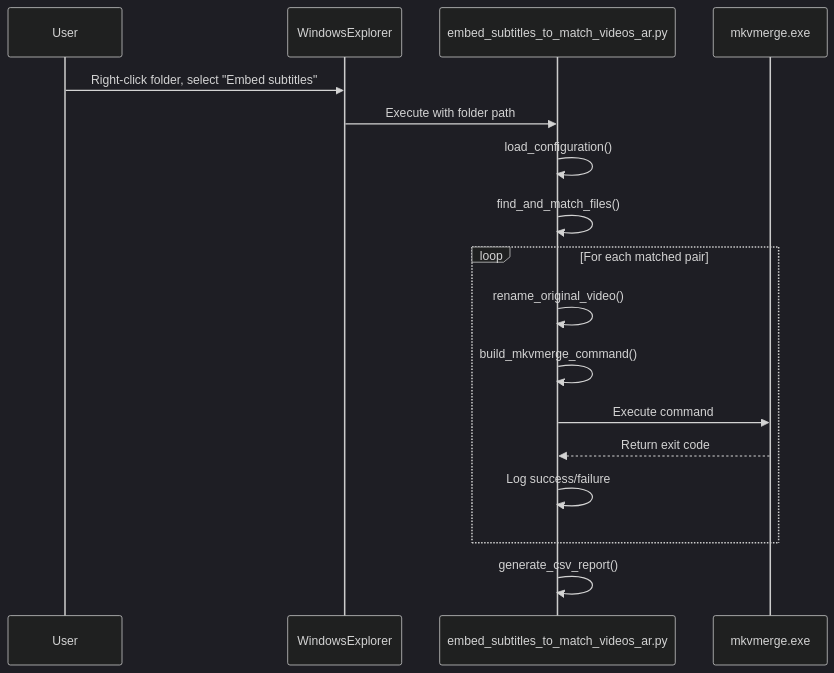
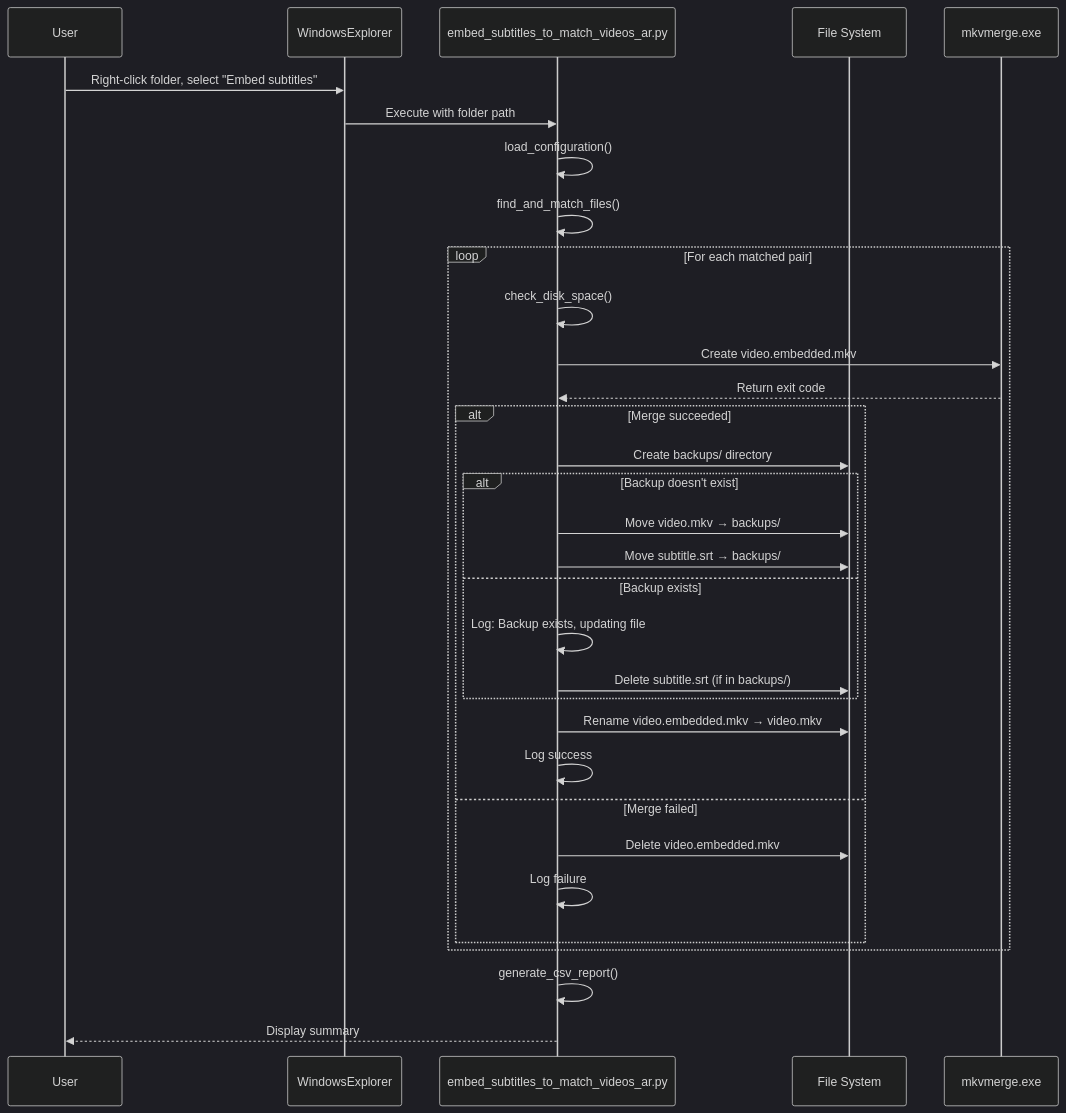
One commit to slmlm2009/rename_subtitles_to_match_videos_ar changed the second of 2 diagrams in v3.0.0_preview_rename_subtitles_to_match_videos_ar/docs/architecture/architecture-document-subtitle-renamer-tool-ar-subtitle-embedding-feature.md. Above: the diagram before and after it, drawn with Mermaid (dark theme). The commit also changed other lines of this file and 13 other files, not shown here.

Commit message:
Pre-release script-mkvmerge-integration (Missing CSV export and cight-click context menue integration)

````diff
--- a/v3.0.0_preview_rename_subtitles_to_match_videos_ar/docs/architecture/architecture-document-subtitle-renamer-tool-ar-subtitle-embedding-feature.md
+++ b/v3.0.0_preview_rename_subtitles_to_match_videos_ar/docs/architecture/architecture-document-subtitle-renamer-tool-ar-subtitle-embedding-feature.md
@@ -130,20 +136,35 @@
 ```mermaid
 sequenceDiagram
     participant User
     participant WindowsExplorer
     participant EmbedScript as embed_subtitles_to_match_videos_ar.py
+    participant FileSystem as File System
     participant MKVMerge as mkvmerge.exe
 
     User->>WindowsExplorer: Right-click folder, select "Embed subtitles"
     WindowsExplorer->>EmbedScript: Execute with folder path
     EmbedScript->>EmbedScript: load_configuration()
     EmbedScript->>EmbedScript: find_and_match_files()
     loop For each matched pair
-        EmbedScript->>EmbedScript: rename_original_video()
-        EmbedScript->>EmbedScript: build_mkvmerge_command()
-        EmbedScript->>MKVMerge: Execute command
+        EmbedScript->>EmbedScript: check_disk_space()
+        EmbedScript->>MKVMerge: Create video.embedded.mkv
         MKVMerge-->>EmbedScript: Return exit code
-        EmbedScript->>EmbedScript: Log success/failure
+        alt Merge succeeded
+            EmbedScript->>FileSystem: Create backups/ directory
+            alt Backup doesn't exist
+                EmbedScript->>FileSystem: Move video.mkv → backups/
+                EmbedScript->>FileSystem: Move subtitle.srt → backups/
+            else Backup exists
+                EmbedScript->>EmbedScript: Log: Backup exists, updating file
+                EmbedScript->>FileSystem: Delete subtitle.srt (if in backups/)
+            end
+            EmbedScript->>FileSystem: Rename video.embedded.mkv → video.mkv
+            EmbedScript->>EmbedScript: Log success
+        else Merge failed
+            EmbedScript->>FileSystem: Delete video.embedded.mkv
+            EmbedScript->>EmbedScript: Log failure
+        end
     end
     EmbedScript->>EmbedScript: generate_csv_report()
+    EmbedScript-->>User: Display summary
 ```
````
